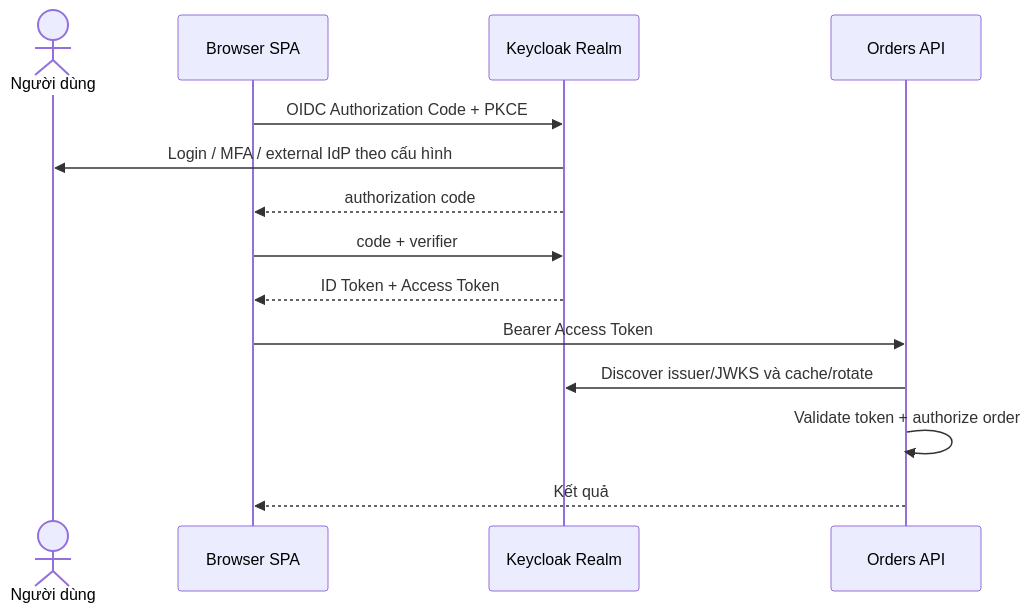
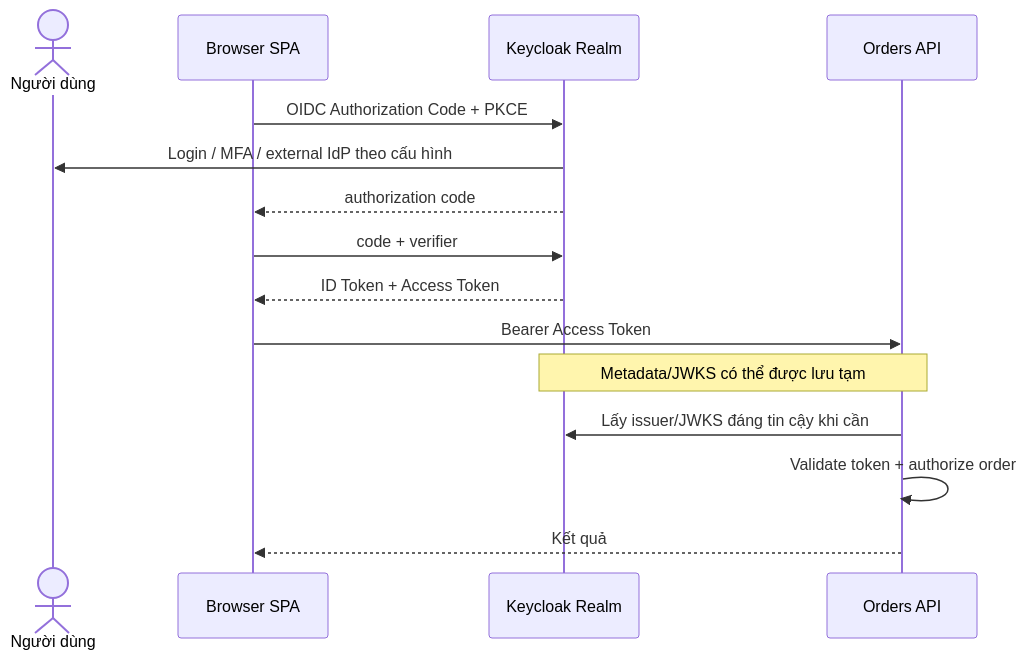
The second of 3 diagrams in content/docs/backend-engineering/keycloak-in-practice.vi.mdx (thucne/software-development-atlas), drawn with Mermaid before and after one commit. The commit also changed other lines of this file and 6 other files, not shown here.

````diff
--- a/content/docs/backend-engineering/keycloak-in-practice.vi.mdx
+++ b/content/docs/backend-engineering/keycloak-in-practice.vi.mdx
@@ -91,17 +91,18 @@
 ```mermaid
 sequenceDiagram
   actor User as Người dùng
   participant SPA as Browser SPA
   participant KC as Keycloak Realm
   participant API as Orders API
 
   SPA->>KC: OIDC Authorization Code + PKCE
   KC->>User: Login / MFA / external IdP theo cấu hình
   KC-->>SPA: authorization code
   SPA->>KC: code + verifier
   KC-->>SPA: ID Token + Access Token
   SPA->>API: Bearer Access Token
-  API->>KC: Discover issuer/JWKS và cache/rotate
+  Note over API,KC: Metadata/JWKS có thể được lưu tạm
+  API->>KC: Lấy issuer/JWKS đáng tin cậy khi cần
   API->>API: Validate token + authorize order
   API-->>SPA: Kết quả
 ```
````
